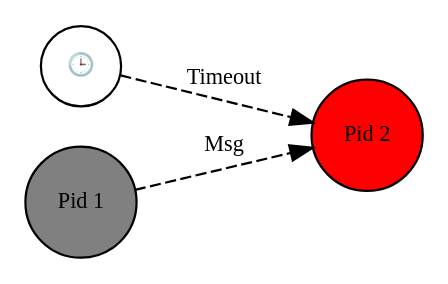
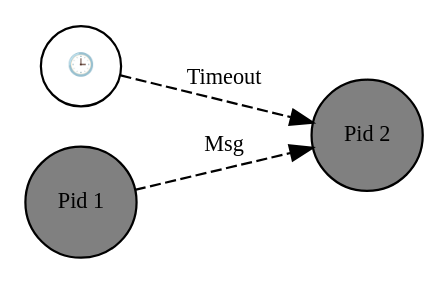
The fourth of 4 diagrams in notes/20240930224229-concurrent_erlang.org (mtrsk/mtrsk.github.io), drawn with Graphviz before and after one commit. The commit also changed other lines of this file and 9 other files, not shown here.

Commit message:
notes: add graphviz-based images

```diff
--- a/notes/20240930224229-concurrent_erlang.org
+++ b/notes/20240930224229-concurrent_erlang.org
@@ -139,14 +139,14 @@
 #+BEGIN_SRC dot :file ../static/img/notes/erlang_timeout.png :cmdline -Kdot -Tpng :exports results
   digraph Timeout {
       node [shape=circle];
       rankdir="LR";
       sep = 1;
 
       timeout [label="🕒", fontsize="10pt", style=filled, fillcolor=white];
       pid1 [label="Pid 1", fontsize="10pt", style=filled, fillcolor=grey];
-      pid2 [label="Pid 2", fontsize="10pt", style=filled, fillcolor=red];
+      pid2 [label="Pid 2", fontsize="10pt", style=filled, fillcolor=grey];
 
       timeout -> pid2 [label="Timeout", fontsize="10pt", minlen=1, style=dashed];
       pid1 -> pid2 [label="Msg", fontsize="10pt", minlen=1, style=dashed];
   }
 #+END_SRC
```
